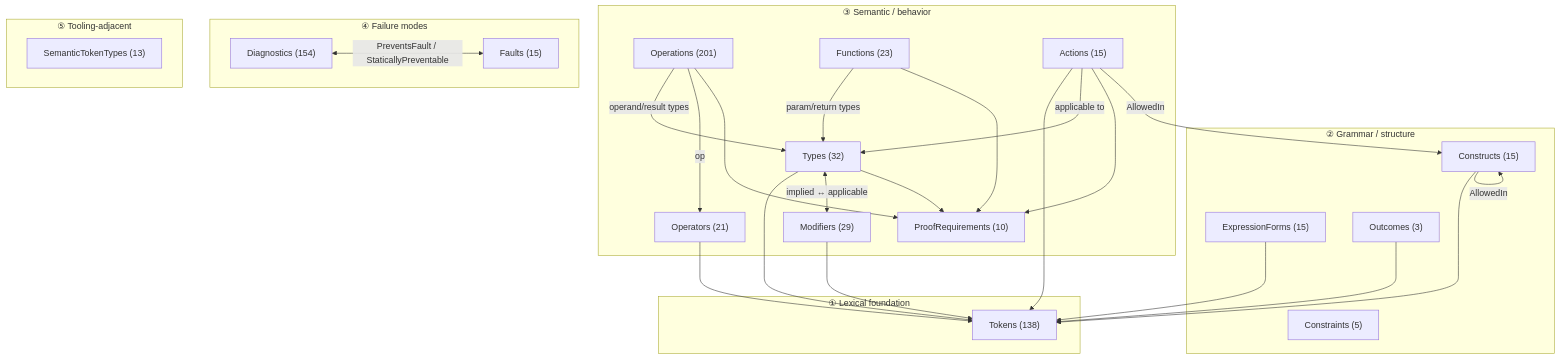
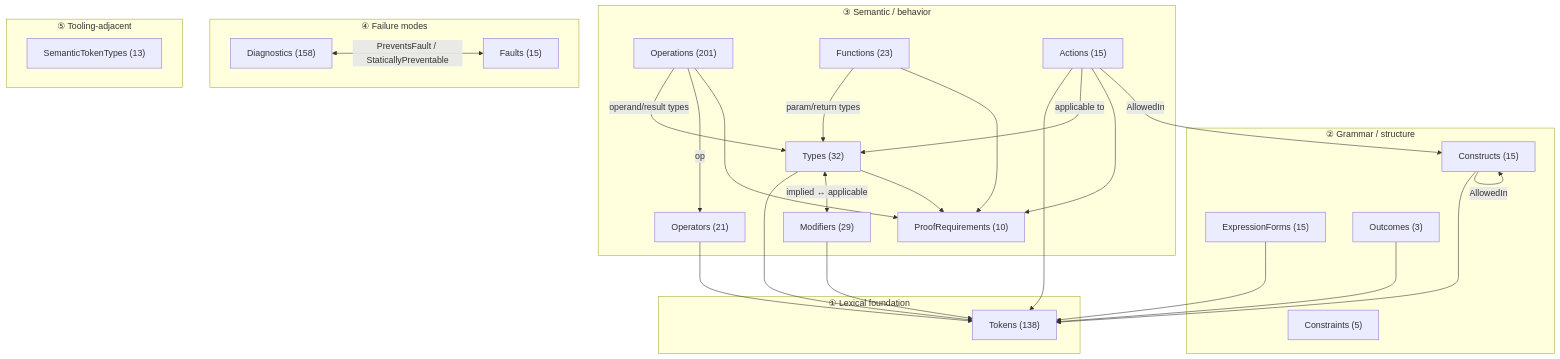
One commit to sfalik/Precept changed the first of 6 diagrams in docs/language/catalog-system.md. Above: the diagram before and after it, drawn with Mermaid. The commit also changed 28 other files, not shown here.

````diff
--- a/docs/language/catalog-system.md
+++ b/docs/language/catalog-system.md
@@ -264,61 +264,61 @@
 ```mermaid
 flowchart TB
     subgraph L1["① Lexical foundation"]
         Tokens["Tokens (138)"]
     end
 
     subgraph L2["② Grammar / structure"]
         Constructs["Constructs (15)"]
         ExpressionForms["ExpressionForms (15)"]
         Outcomes["Outcomes (3)"]
         Constraints["Constraints (5)"]
     end
 
     subgraph L3["③ Semantic / behavior"]
         Types["Types (32)"]
         Operators["Operators (21)"]
         Operations["Operations (201)"]
         Functions["Functions (23)"]
         Modifiers["Modifiers (29)"]
         Actions["Actions (15)"]
         ProofRequirements["ProofRequirements (10)"]
     end
 
     subgraph L4["④ Failure modes"]
-        Diagnostics["Diagnostics (154)"]
+        Diagnostics["Diagnostics (158)"]
         Faults["Faults (15)"]
     end
 
     subgraph L5["⑤ Tooling-adjacent"]
         SemanticTokenTypes["SemanticTokenTypes (13)"]
     end
 
     %% Seven catalogs anchor to Tokens
     Types       --> Tokens
     Operators   --> Tokens
     Modifiers   --> Tokens
     Actions     --> Tokens
     Constructs  --> Tokens
     ExpressionForms --> Tokens
     Outcomes    --> Tokens
 
     %% Semantic wiring
     Functions  -->|param/return types| Types
     Operations -->|operand/result types| Types
     Operations -->|op| Operators
     Actions    -->|applicable to| Types
     Types     <-->|"implied ↔ applicable"| Modifiers
 
     %% Proof obligations
     Types      --> ProofRequirements
     Functions  --> ProofRequirements
     Operations --> ProofRequirements
     Actions    --> ProofRequirements
 
     %% Grammar nesting
     Actions    -->|AllowedIn| Constructs
     Constructs -->|AllowedIn| Constructs
 
     %% Failure link
     Diagnostics <-->|"PreventsFault / StaticallyPreventable"| Faults
 ```
````
